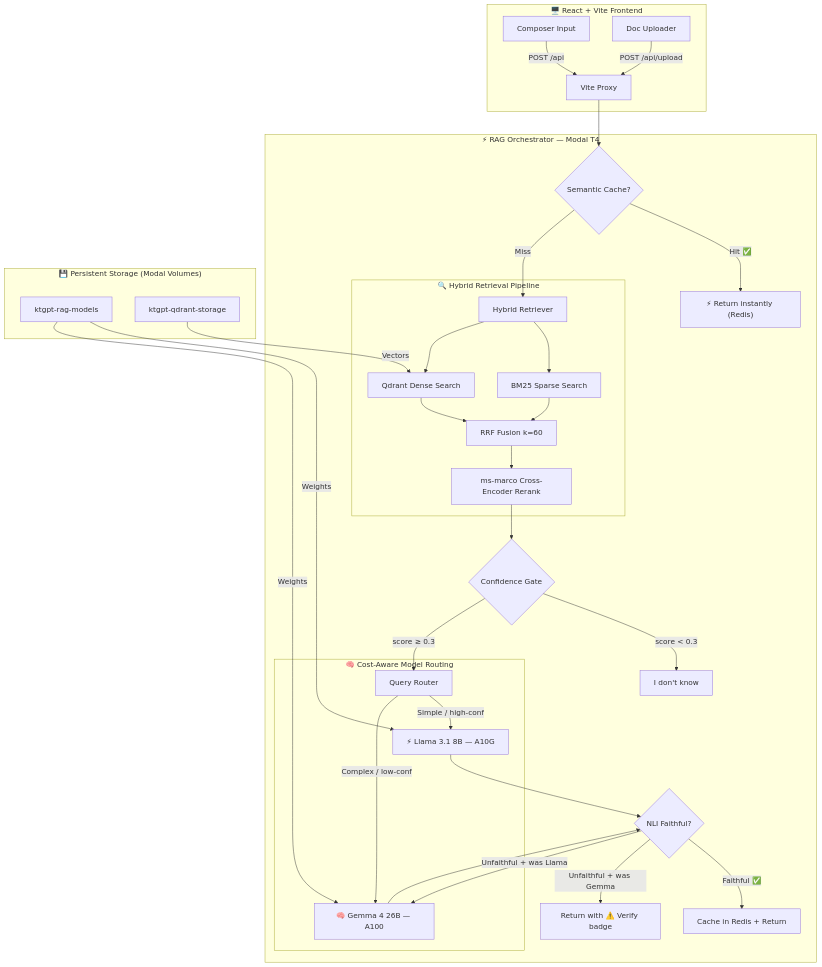
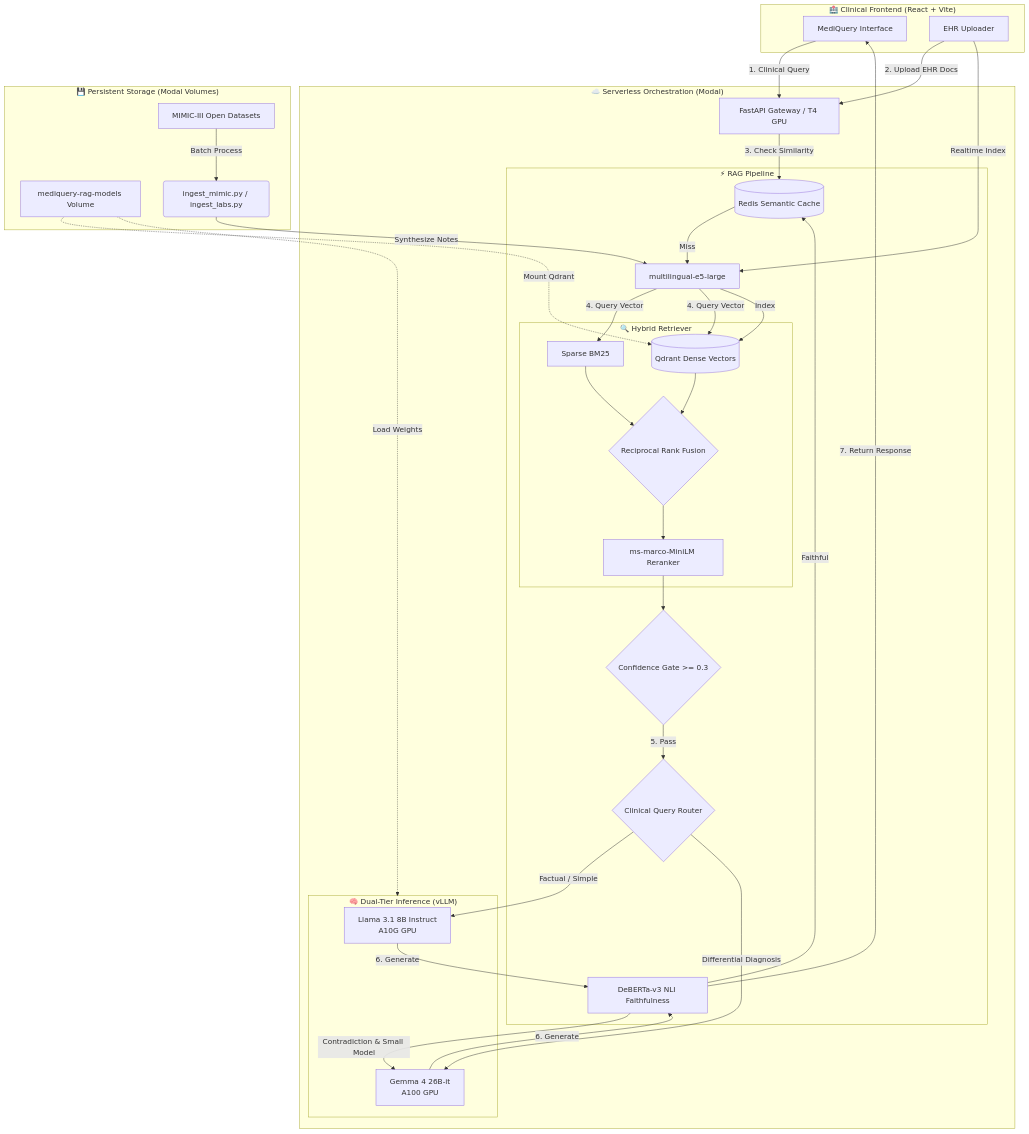
Before and after one commit to Kartikeya-trivedi/MediQuery: the first of 2 diagrams in README.md, drawn with Mermaid. The commit also changed other lines of this file and 22 other files, not shown here.

Commit message:
feat: complete rewrite to MediQuery Clinical RAG System

````diff
--- a/README.md
+++ b/README.md
@@ -36,42 +36,75 @@
 ```mermaid
 graph TD
-    subgraph Client ["🖥️ React + Vite Frontend"]
-        A[Composer Input] -->|POST /api| B[Vite Proxy]
-        I[Doc Uploader] -->|POST /api/upload| B
+    %% MediQuery Production Clinical Architecture
+    
+    subgraph Frontend["🏥 Clinical Frontend (React + Vite)"]
+        UI[MediQuery Interface]
+        Upload[EHR Uploader]
     end
 
-    subgraph Orchestrator ["⚡ RAG Orchestrator — Modal T4"]
-        B --> C{Semantic Cache?}
-        C -->|Hit ✅| Z["⚡ Return instantly (Redis)"]
-        C -->|Miss| D[Hybrid Retriever]
-
-        subgraph Retrieval ["🔍 Hybrid Retrieval Pipeline"]
-            D --> E[BM25 Sparse Search]
-            D --> F[Qdrant Dense Search]
-            E --> G[RRF Fusion k=60]
-            F --> G
-            G --> H[ms-marco Cross-Encoder Rerank]
+    subgraph ModalCloud["☁️ Serverless Orchestration (Modal)"]
+        API[FastAPI Gateway / T4 GPU]
+        
+        subgraph Pipeline["⚡ RAG Pipeline"]
+            Cache[(Redis Semantic Cache)]
+            Embed[multilingual-e5-large]
+            
+            subgraph Retrieval["🔍 Hybrid Retriever"]
+                BM25[Sparse BM25]
+                Qdrant[(Qdrant Dense Vectors)]
+                RRF{Reciprocal Rank Fusion}
+                Rerank[ms-marco-MiniLM Reranker]
+            end
+            
+            Gate{Confidence Gate >= 0.3}
+            Router{Clinical Query Router}
+            NLI[DeBERTa-v3 NLI Faithfulness]
         end
-
-        H --> J{Confidence Gate}
-        J -->|score < 0.3| K["I don't know"]
-        J -->|score ≥ 0.3| L[Query Router]
-
-        subgraph Routing ["🧠 Cost-Aware Model Routing"]
-            L -->|Simple / high-conf| M["⚡ Llama 3.1 8B — A10G"]
-            L -->|Complex / low-conf| N["🧠 Gemma 4 26B — A100"]
+        
+        subgraph Inference["🧠 Dual-Tier Inference (vLLM)"]
+            Small[Llama 3.1 8B Instruct<br/>A10G GPU]
+            Big[Gemma 4 26B-it<br/>A100 GPU]
         end
-
-        M --> O{NLI Faithful?}
-        N --> O
-        O -->|Unfaithful + was Llama| N
-        O -->|Faithful ✅| P[Cache in Redis + Return]
-        O -->|Unfaithful + was Gemma| Q["Return with ⚠️ Verify badge"]
+    end
+    
+    subgraph Storage["💾 Persistent Storage (Modal Volumes)"]
+        Vol[mediquery-rag-models Volume]
+        MIMIC[MIMIC-III Open Datasets]
+        IngestJob(ingest_mimic.py / ingest_labs.py)
     end
 
-    subgraph Storage ["💾 Persistent Storage (Modal Volumes)"]
-        R[ktgpt-rag-models] -->|Weights| M
-        R -->|Weights| N
-        S[ktgpt-qdrant-storage] -->|Vectors| F
-    end
+    %% Flow Paths
+    UI -->|1. Clinical Query| API
+    Upload -->|2. Upload EHR Docs| API
+    
+    API -->|3. Check Similarity| Cache
+    Cache -->|Miss| Embed
+    
+    Embed -->|4. Query Vector| BM25
+    Embed -->|4. Query Vector| Qdrant
+    BM25 --> RRF
+    Qdrant --> RRF
+    RRF --> Rerank
+    Rerank --> Gate
+    
+    Gate -->|5. Pass| Router
+    Router -->|Factual / Simple| Small
+    Router -->|Differential Diagnosis| Big
+    
+    Small -->|6. Generate| NLI
+    Big -->|6. Generate| NLI
+    
+    NLI -->|Contradiction & Small Model| Big
+    NLI -->|Faithful| Cache
+    NLI -->|7. Return Response| UI
+    
+    %% Ingestion Flow
+    MIMIC -->|Batch Process| IngestJob
+    IngestJob -->|Synthesize Notes| Embed
+    Embed -->|Index| Qdrant
+    Upload -->|Realtime Index| Embed
+    
+    %% Storage links
+    Vol -.->|Load Weights| Inference
+    Vol -.->|Mount Qdrant| Qdrant
 ```
````
